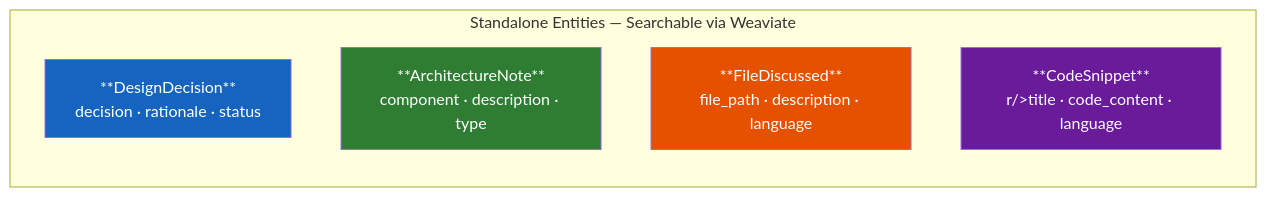
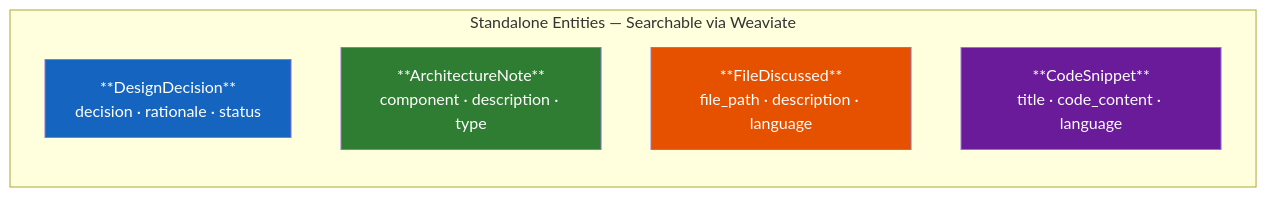
Before and after one commit to ITlusions/ITL.Braincell: the fifth of 8 diagrams in docs/api/ARCHITECTURE.md, drawn with Mermaid. The commit also changed other lines of this file and 3 other files, not shown here.

````diff
--- a/docs/api/ARCHITECTURE.md
+++ b/docs/api/ARCHITECTURE.md
@@ -203,14 +203,14 @@
 ```mermaid
 graph LR
     subgraph standalone["Standalone Entities — Searchable via Weaviate"]
         DD["**DesignDecision**<br/>decision · rationale · status"]
         AN["**ArchitectureNote**<br/>component · description · type"]
         FD["**FileDiscussed**<br/>file_path · description · language"]
-        CS["**CodeSnippet**<br/>r/>title · code_content · language"]
+        CS["**CodeSnippet**<br/>title · code_content · language"]
     end
 
     style DD fill:#1565C0,color:#fff
     style AN fill:#2E7D32,color:#fff
     style FD fill:#E65100,color:#fff
     style CS fill:#6A1B9A,color:#fff
 ```
````
